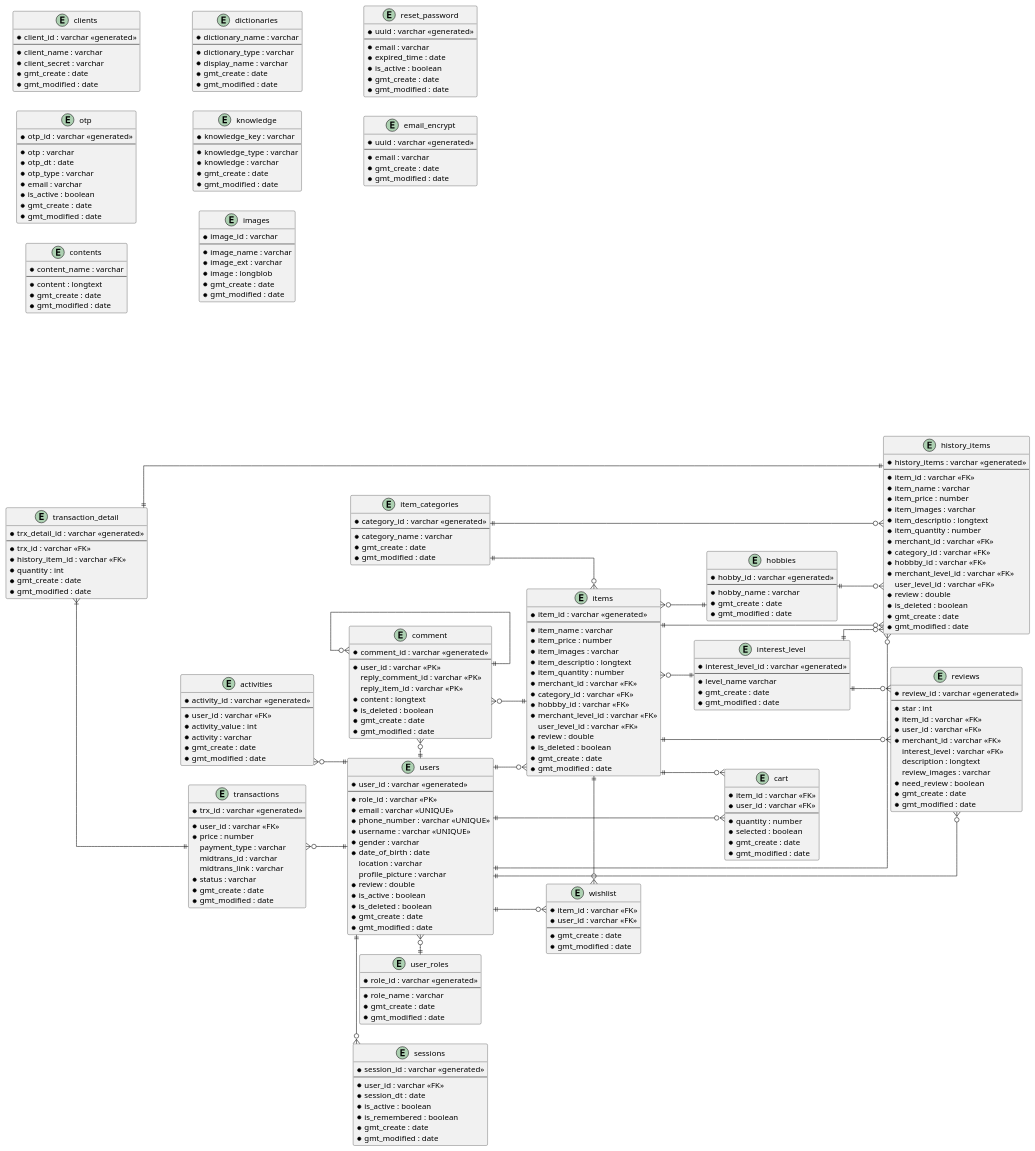
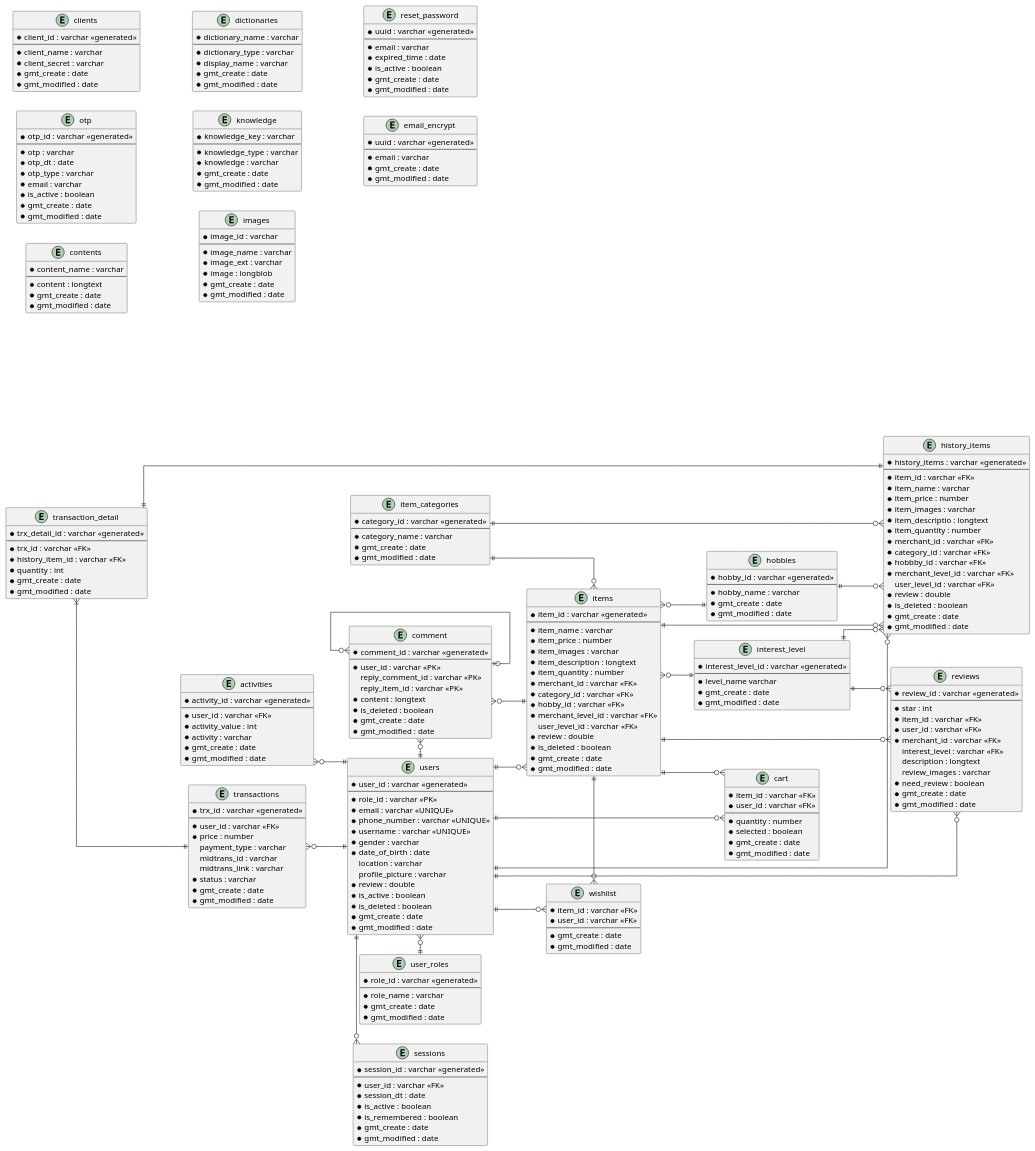
One commit to aldihsuhandi/skripsi-2023 changed the diagram in uml/erd.pu. Above: the diagram before and after it, drawn with PlantUML. The commit also changed 2 other files, not shown here.

Commit message:
finish uml

```diff
--- a/uml/erd.pu
+++ b/uml/erd.pu
@@ -59,11 +59,11 @@
     * item_name : varchar
     * item_price : number
     * item_images : varchar
-    * item_descriptio : longtext
+    * item_description : longtext
     * item_quantity : number
     * merchant_id : varchar <<FK>>
     * category_id : varchar <<FK>>
-    * hobbby_id : varchar <<FK>>
+    * hobby_id : varchar <<FK>>
     * merchant_level_id : varchar <<FK>>
       user_level_id : varchar <<FK>>
     * review : double
@@ -290,7 +290,7 @@
 reviews }o-|| items
 interest_level ||--o{ reviews
 
-comment }o--|| comment
+comment }o--o| comment
 comment }o-|| users
 comment }o-|| items
 
```
